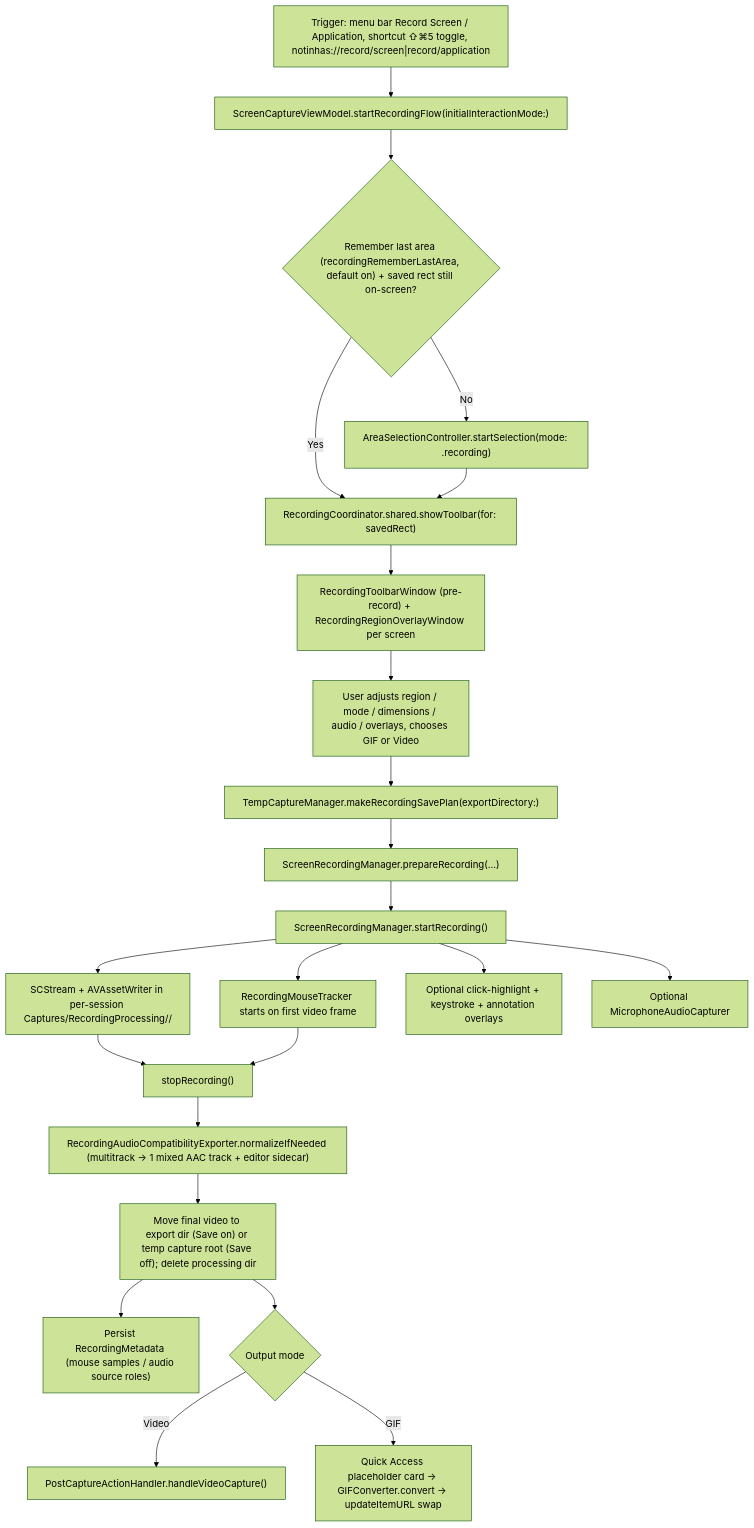
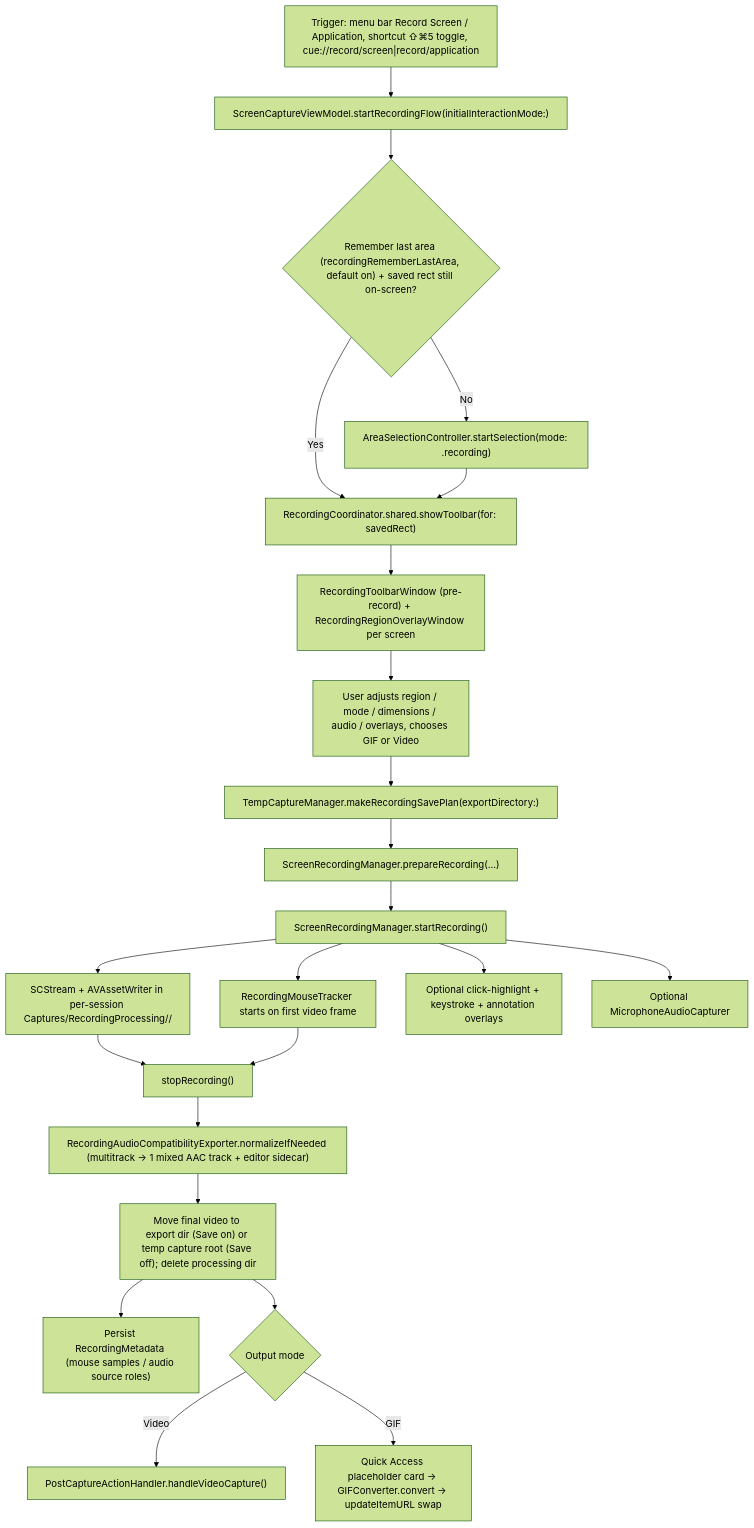
Before and after one commit to mourato/Cue: the diagram in docs/RECORDING.md, drawn with Mermaid (forest theme). The commit also changed other lines of this file and 60 other files, not shown here.

````diff
--- a/docs/RECORDING.md
+++ b/docs/RECORDING.md
@@ -7,28 +7,28 @@
 ```mermaid
 flowchart TD
-    A["Trigger: menu bar Record Screen / Application, shortcut ⇧⌘5 toggle, notinhas://record/screen|record/application"] --> B["ScreenCaptureViewModel.startRecordingFlow(initialInteractionMode:)"]
+    A["Trigger: menu bar Record Screen / Application, shortcut ⇧⌘5 toggle, cue://record/screen|record/application"] --> B["ScreenCaptureViewModel.startRecordingFlow(initialInteractionMode:)"]
     B --> C{"Remember last area (recordingRememberLastArea, default on) + saved rect still on-screen?"}
     C -->|Yes| D["RecordingCoordinator.shared.showToolbar(for: savedRect)"]
     C -->|No| E["AreaSelectionController.startSelection(mode: .recording)"]
     E --> D
 
     D --> F["RecordingToolbarWindow (pre-record) + RecordingRegionOverlayWindow per screen"]
     F --> G["User adjusts region / mode / dimensions / audio / overlays, chooses GIF or Video"]
     G --> H["TempCaptureManager.makeRecordingSavePlan(exportDirectory:)"]
     H --> I["ScreenRecordingManager.prepareRecording(...)"]
     I --> J["ScreenRecordingManager.startRecording()"]
 
     J --> K["SCStream + AVAssetWriter in per-session Captures/RecordingProcessing/<UUID>/"]
     J --> L["RecordingMouseTracker starts on first video frame"]
     J --> M["Optional click-highlight + keystroke + annotation overlays"]
     J --> N["Optional MicrophoneAudioCapturer"]
 
     K --> O["stopRecording()"]
     L --> O
     O --> P["RecordingAudioCompatibilityExporter.normalizeIfNeeded (multitrack → 1 mixed AAC track + editor sidecar)"]
     P --> Q["Move final video to export dir (Save on) or temp capture root (Save off); delete processing dir"]
     Q --> R["Persist RecordingMetadata (mouse samples / audio source roles)"]
     Q --> S{"Output mode"}
     S -->|Video| T["PostCaptureActionHandler.handleVideoCapture()"]
     S -->|GIF| U["Quick Access placeholder card → GIFConverter.convert → updateItemURL swap"]
 ```
````
